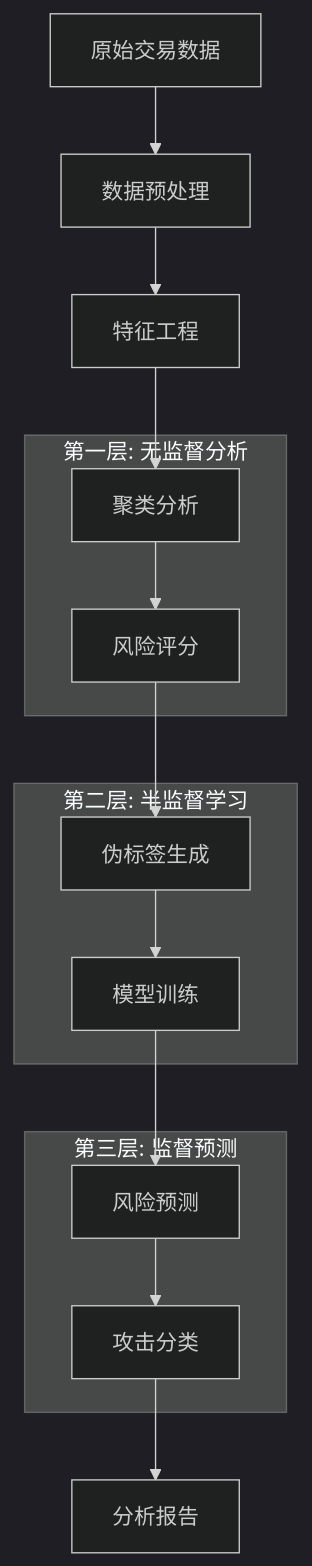
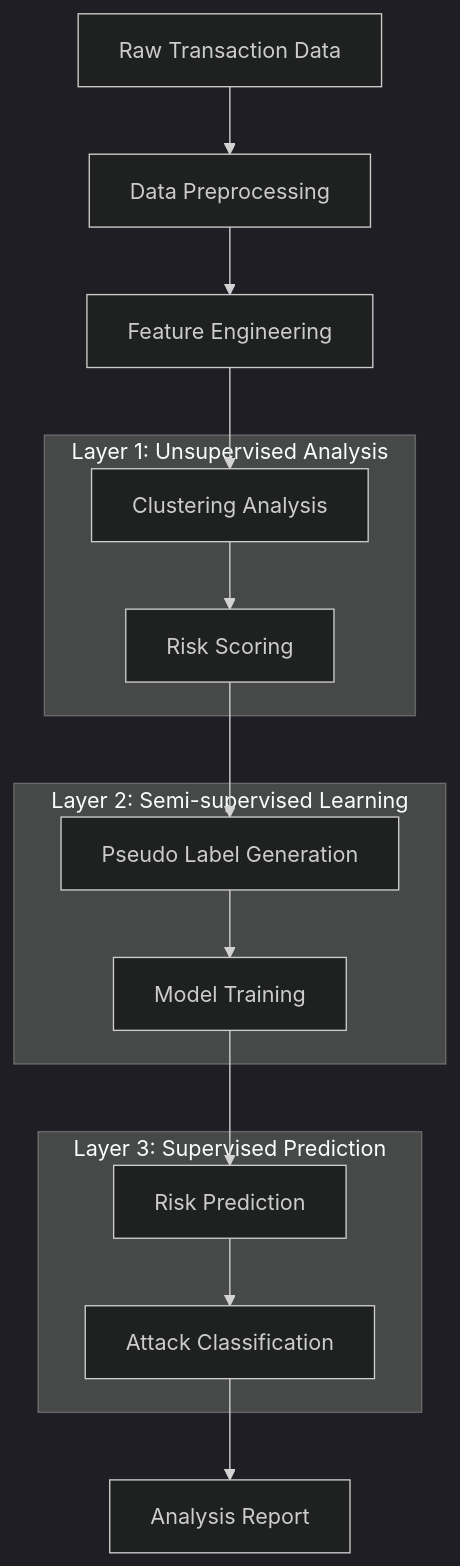
Before and after one commit to lileinb/Capstone_project_Group22: the diagram in README.md, drawn with Mermaid (dark theme). The commit also changed other lines of this file and 37 other files, not shown here.

````diff
--- a/README.md
+++ b/README.md
@@ -76,27 +76,27 @@
 ```mermaid
 graph TD
-    A[原始交易数据] --> B[数据预处理]
-    B --> C[特征工程]
-    C --> D[聚类分析]
-    D --> E[风险评分]
-    E --> F[伪标签生成]
-    F --> G[模型训练]
-    G --> H[风险预测]
-    H --> I[攻击分类]
-    I --> J[分析报告]
+    A[Raw Transaction Data] --> B[Data Preprocessing]
+    B --> C[Feature Engineering]
+    C --> D[Clustering Analysis]
+    D --> E[Risk Scoring]
+    E --> F[Pseudo Label Generation]
+    F --> G[Model Training]
+    G --> H[Risk Prediction]
+    H --> I[Attack Classification]
+    I --> J[Analysis Report]
 
-    subgraph "第一层: 无监督分析"
+    subgraph "Layer 1: Unsupervised Analysis"
         D
         E
     end
 
-    subgraph "第二层: 半监督学习"
+    subgraph "Layer 2: Semi-supervised Learning"
         F
         G
     end
 
-    subgraph "第三层: 监督预测"
+    subgraph "Layer 3: Supervised Prediction"
         H
         I
     end
 ```
````
